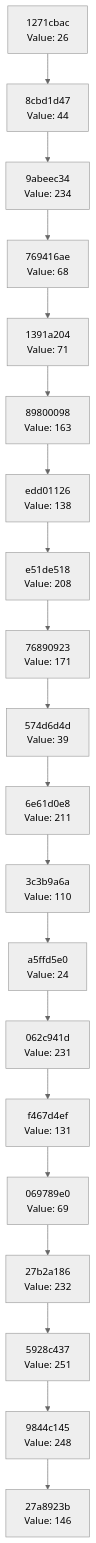
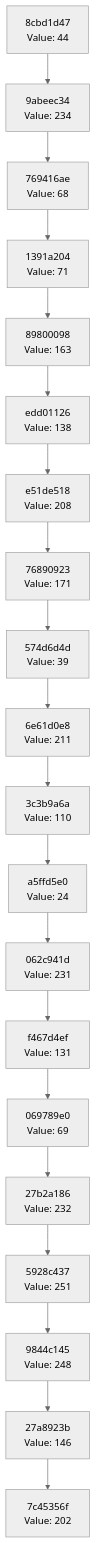
Before and after one commit to Abhisheksinha1506/hash-chain-evolver: the diagram in docs/CHAIN_VISUALIZATION.md, drawn with Mermaid (neutral theme). The commit also changed 2 other files, not shown here.

Commit message:
Evolution step: hash 0xCA → action executed

````diff
--- a/docs/CHAIN_VISUALIZATION.md
+++ b/docs/CHAIN_VISUALIZATION.md
@@ -3,42 +3,42 @@
 ```mermaid
 graph TD
-    C0["27a8923b<br/>Value: 146"]
-    C1["9844c145<br/>Value: 248"]
+    C0["7c45356f<br/>Value: 202"]
+    C1["27a8923b<br/>Value: 146"]
     C1 --> C0
-    C2["5928c437<br/>Value: 251"]
+    C2["9844c145<br/>Value: 248"]
     C2 --> C1
-    C3["27b2a186<br/>Value: 232"]
+    C3["5928c437<br/>Value: 251"]
     C3 --> C2
-    C4["069789e0<br/>Value: 69"]
+    C4["27b2a186<br/>Value: 232"]
     C4 --> C3
-    C5["f467d4ef<br/>Value: 131"]
+    C5["069789e0<br/>Value: 69"]
     C5 --> C4
-    C6["062c941d<br/>Value: 231"]
+    C6["f467d4ef<br/>Value: 131"]
     C6 --> C5
-    C7["a5ffd5e0<br/>Value: 24"]
+    C7["062c941d<br/>Value: 231"]
     C7 --> C6
-    C8["3c3b9a6a<br/>Value: 110"]
+    C8["a5ffd5e0<br/>Value: 24"]
     C8 --> C7
-    C9["6e61d0e8<br/>Value: 211"]
+    C9["3c3b9a6a<br/>Value: 110"]
     C9 --> C8
-    C10["574d6d4d<br/>Value: 39"]
+    C10["6e61d0e8<br/>Value: 211"]
     C10 --> C9
-    C11["76890923<br/>Value: 171"]
+    C11["574d6d4d<br/>Value: 39"]
     C11 --> C10
-    C12["e51de518<br/>Value: 208"]
+    C12["76890923<br/>Value: 171"]
     C12 --> C11
-    C13["edd01126<br/>Value: 138"]
+    C13["e51de518<br/>Value: 208"]
     C13 --> C12
-    C14["89800098<br/>Value: 163"]
+    C14["edd01126<br/>Value: 138"]
     C14 --> C13
-    C15["1391a204<br/>Value: 71"]
+    C15["89800098<br/>Value: 163"]
     C15 --> C14
-    C16["769416ae<br/>Value: 68"]
+    C16["1391a204<br/>Value: 71"]
     C16 --> C15
-    C17["9abeec34<br/>Value: 234"]
+    C17["769416ae<br/>Value: 68"]
     C17 --> C16
-    C18["8cbd1d47<br/>Value: 44"]
+    C18["9abeec34<br/>Value: 234"]
     C18 --> C17
-    C19["1271cbac<br/>Value: 26"]
+    C19["8cbd1d47<br/>Value: 44"]
     C19 --> C18
 ```
````
